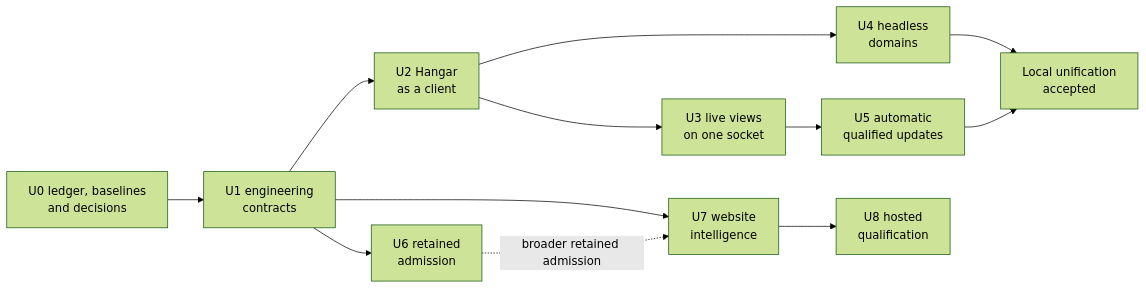
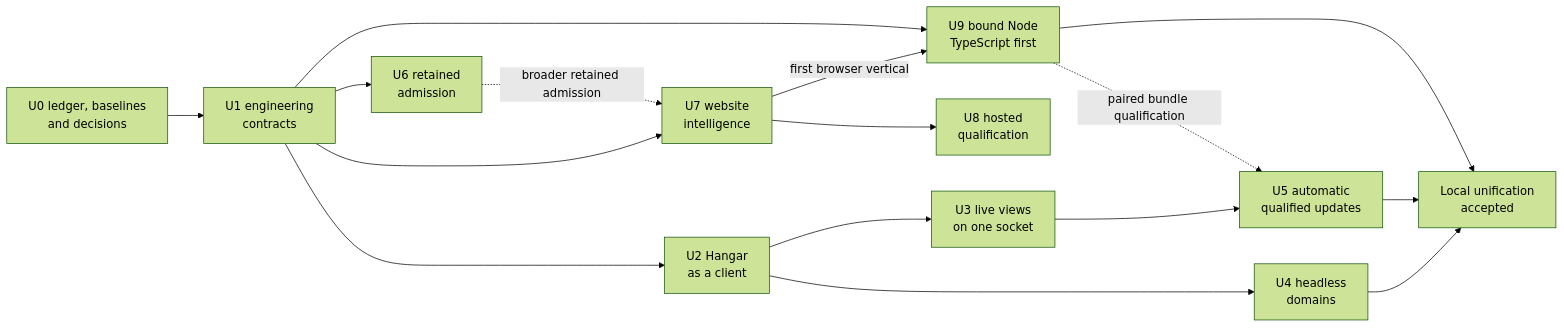
Before and after one commit to shibasis0801/reaktor: the ninth of 9 diagrams in plans/tooling-unification-hld.md, drawn with Mermaid (forest theme). The commit also changed other lines of this file and 1151 other files, not shown here.

````diff
--- a/plans/tooling-unification-hld.md
+++ b/plans/tooling-unification-hld.md
@@ -529,14 +629,18 @@
 ```mermaid
 flowchart LR
     U0[U0 ledger, baselines<br/>and decisions] --> U1[U1 engineering<br/>contracts]
     U1 --> U2[U2 Hangar<br/>as a client]
     U2 --> U3[U3 live views<br/>on one socket]
     U3 --> U5[U5 automatic<br/>qualified updates]
     U2 --> U4[U4 headless<br/>domains]
     U1 --> U6[U6 retained<br/>admission]
     U1 --> U7[U7 website<br/>intelligence]
     U6 -. broader retained admission .-> U7
     U7 --> U8[U8 hosted<br/>qualification]
+    U7 -->|first browser vertical| U9[U9 bound Node<br/>TypeScript first]
+    U1 --> U9
+    U9 -. paired bundle qualification .-> U5
     U4 --> Done[Local unification<br/>accepted]
     U5 --> Done
+    U9 --> Done
 ```
````
